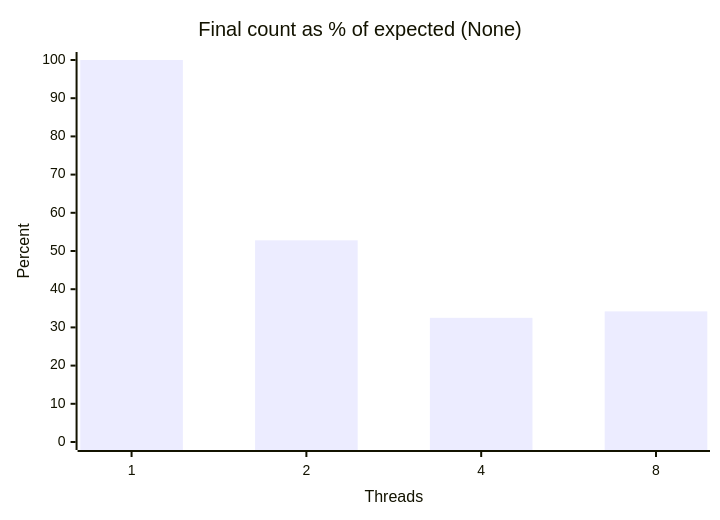
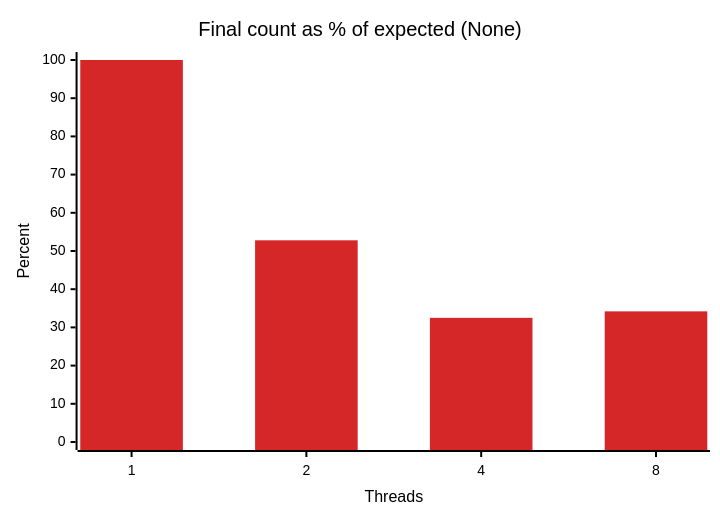
One commit to chaitanya-m5/parallel-sync-mechanisms changed the fifth of 5 diagrams in README.md. Above: the diagram before and after it, drawn with Mermaid. The commit also changed other lines of this file, not shown here.

````diff
--- a/README.md
+++ b/README.md
@@ -218,7 +234,8 @@
 ```mermaid
+%%{init: {"theme":"base","themeVariables":{"xyChart":{"backgroundColor":"#ffffff","titleColor":"#000000","xAxisLabelColor":"#000000","xAxisTitleColor":"#000000","xAxisTickColor":"#000000","xAxisLineColor":"#000000","yAxisLabelColor":"#000000","yAxisTitleColor":"#000000","yAxisTickColor":"#000000","yAxisLineColor":"#000000","plotColorPalette":"#d62728"}}}}%%
 xychart-beta
     title "Final count as % of expected (None)"
     x-axis "Threads" [1, 2, 4, 8]
     y-axis "Percent" 0 --> 100
     bar [100, 52.8, 32.5, 34.2]
 ```
````
